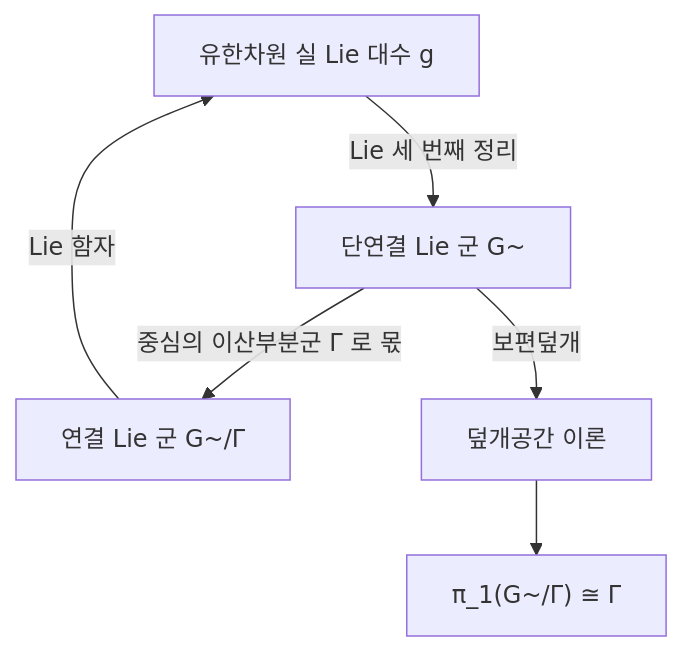
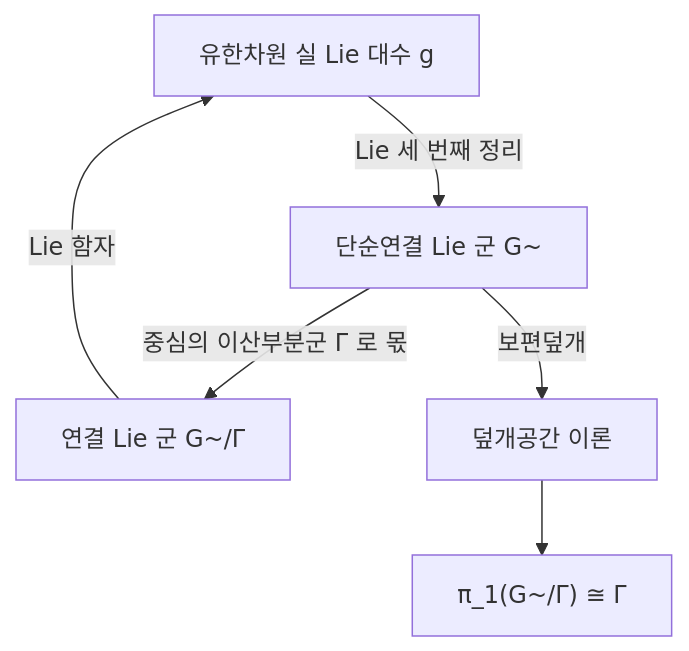
The diagram in docs/lie-groups.md (Phryxia/math-map), drawn with Mermaid before and after one commit. The commit also changed other lines of this file and 8 other files, not shown here.

````diff
--- a/docs/lie-groups.md
+++ b/docs/lie-groups.md
@@ -113,8 +113,8 @@
 ```mermaid
 graph TD
-  LA["유한차원 실 Lie 대수 g"] -->|"Lie 세 번째 정리"| SC["단연결 Lie 군 G~"]
+  LA["유한차원 실 Lie 대수 g"] -->|"Lie 세 번째 정리"| SC["단순연결 Lie 군 G~"]
   SC -->|"중심의 이산부분군 Γ 로 몫"| CG["연결 Lie 군 G~/Γ"]
   CG -->|"Lie 함자"| LA
   SC -->|"보편덮개"| COV["덮개공간 이론"]
   COV --> PI["π_1(G~/Γ) ≅ Γ"]
 ```
````
